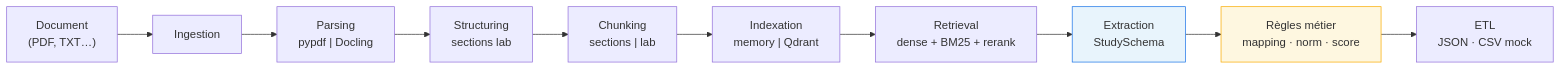
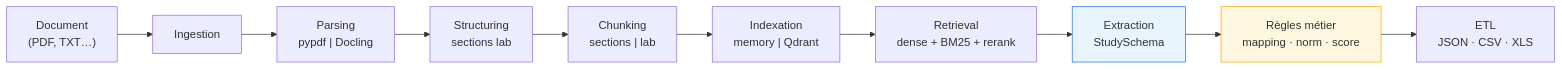
Before and after one commit to Othmani-Mohamed-Aziz/rapid-flow: the first of 11 diagrams in README.md, drawn with Mermaid. The commit also changed other lines of this file and 47 other files, not shown here.

````diff
--- a/README.md
+++ b/README.md
@@ -13,15 +17,15 @@
 ```mermaid
 flowchart LR
   DOC["Document<br/>(PDF, TXT…)"] --> ING["Ingestion"]
   ING --> PAR["Parsing<br/>pypdf | Docling"]
   PAR --> STR["Structuring<br/>sections lab"]
   STR --> CHK["Chunking<br/>sections | lab"]
   CHK --> IDX["Indexation<br/>memory | Qdrant"]
   IDX --> RET["Retrieval<br/>dense + BM25 + rerank"]
   RET --> EXT["Extraction<br/>StudySchema"]
   EXT --> BR["Règles métier<br/>mapping · norm · score"]
-  BR --> ETL["ETL<br/>JSON · CSV mock"]
+  BR --> ETL["ETL<br/>JSON · CSV · XLS"]
 
   style EXT fill:#e8f4fc,stroke:#1a73e8
   style BR fill:#fef7e0,stroke:#f9ab00
 ```
````
